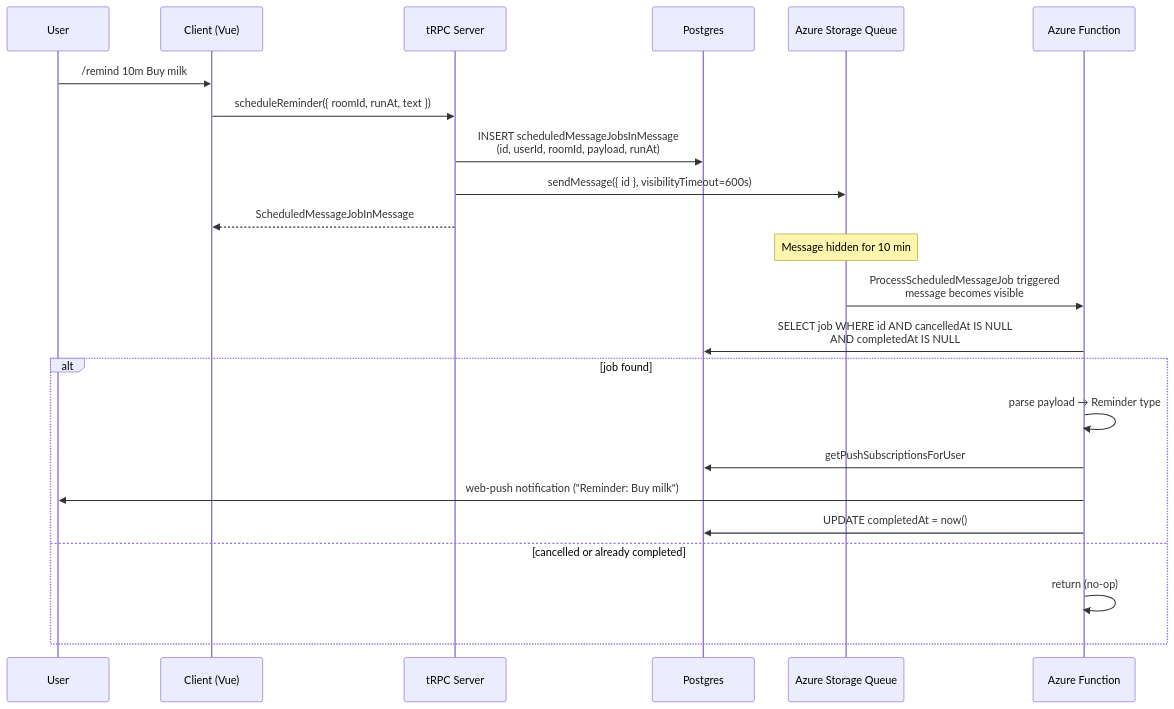
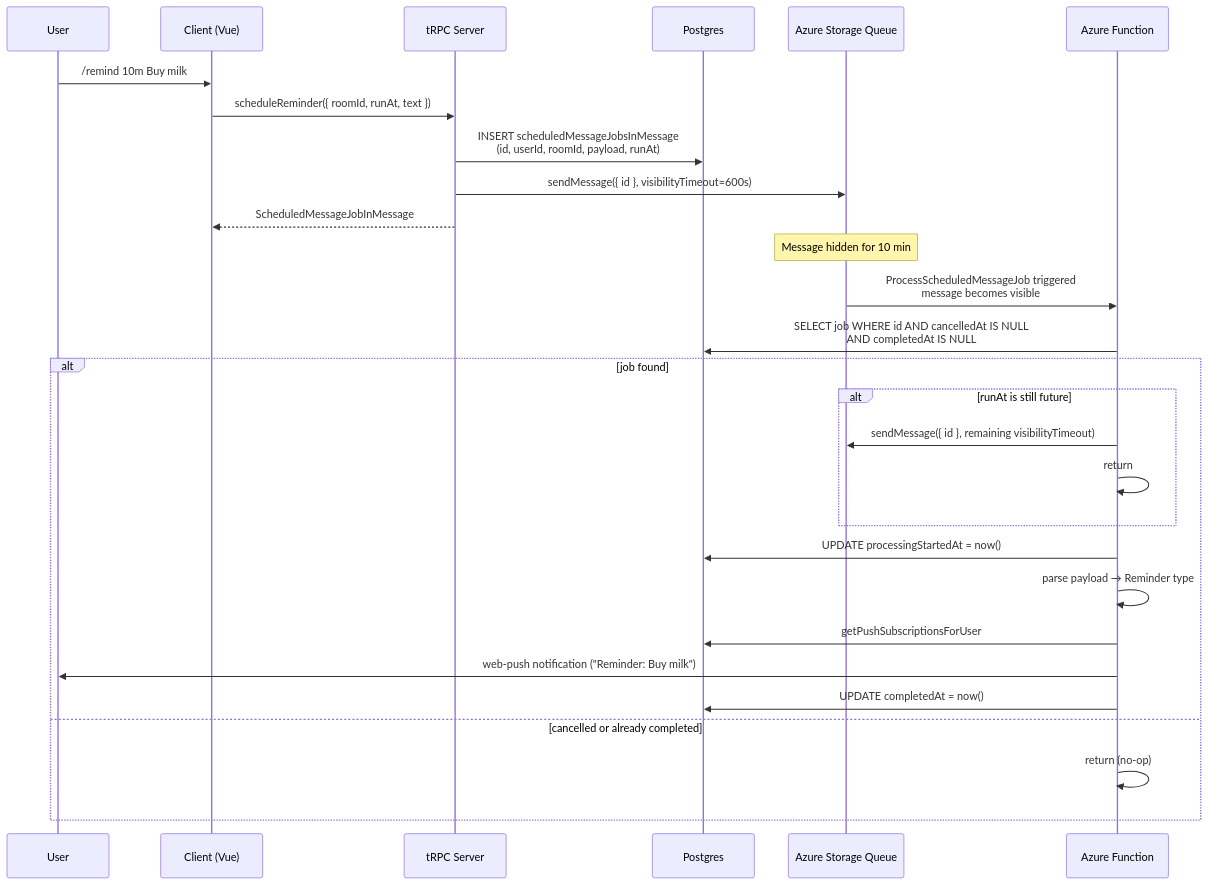
Before and after one commit to Esposter/Esposter: the first of 4 diagrams in features/esbabbler/specs/slash-commands.md, drawn with Mermaid. The commit also changed other lines of this file and 20 other files, not shown here.

````diff
--- a/features/esbabbler/specs/slash-commands.md
+++ b/features/esbabbler/specs/slash-commands.md
@@ -135,28 +139,33 @@
 ```mermaid
 sequenceDiagram
     participant U as User
     participant C as Client (Vue)
     participant T as tRPC Server
     participant DB as Postgres
     participant Q as Azure Storage Queue
     participant F as Azure Function
 
     U->>C: /remind 10m Buy milk
     C->>T: scheduleReminder({ roomId, runAt, text })
     T->>DB: INSERT scheduledMessageJobsInMessage<br/>(id, userId, roomId, payload, runAt)
     T->>Q: sendMessage({ id }, visibilityTimeout=600s)
     T-->>C: ScheduledMessageJobInMessage
 
     note over Q: Message hidden for 10 min
 
     Q->>F: ProcessScheduledMessageJob triggered<br/>message becomes visible
     F->>DB: SELECT job WHERE id AND cancelledAt IS NULL<br/>AND completedAt IS NULL
     alt job found
+        alt runAt is still future
+            F->>Q: sendMessage({ id }, remaining visibilityTimeout)
+            F->>F: return
+        end
+        F->>DB: UPDATE processingStartedAt = now()
         F->>F: parse payload → Reminder type
         F->>DB: getPushSubscriptionsForUser
         F->>U: web-push notification ("Reminder: Buy milk")
         F->>DB: UPDATE completedAt = now()
     else cancelled or already completed
         F->>F: return (no-op)
     end
 ```
````
